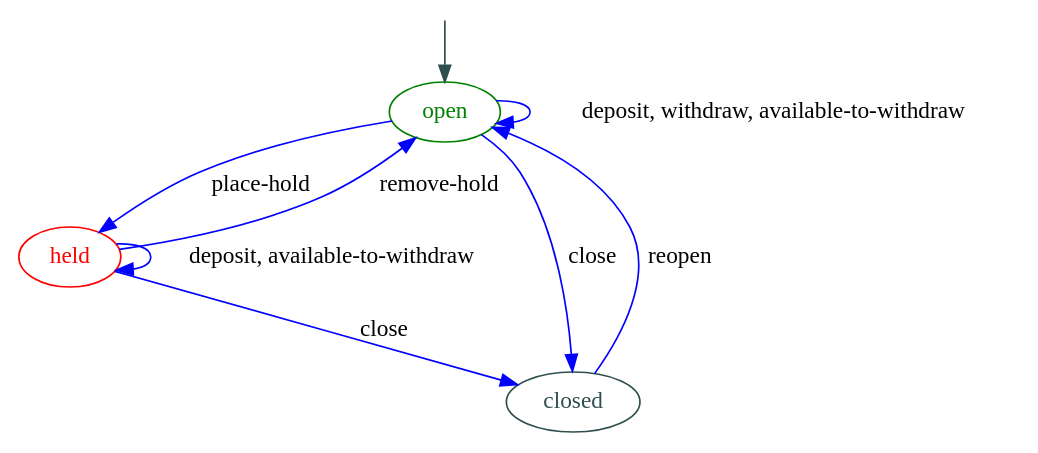
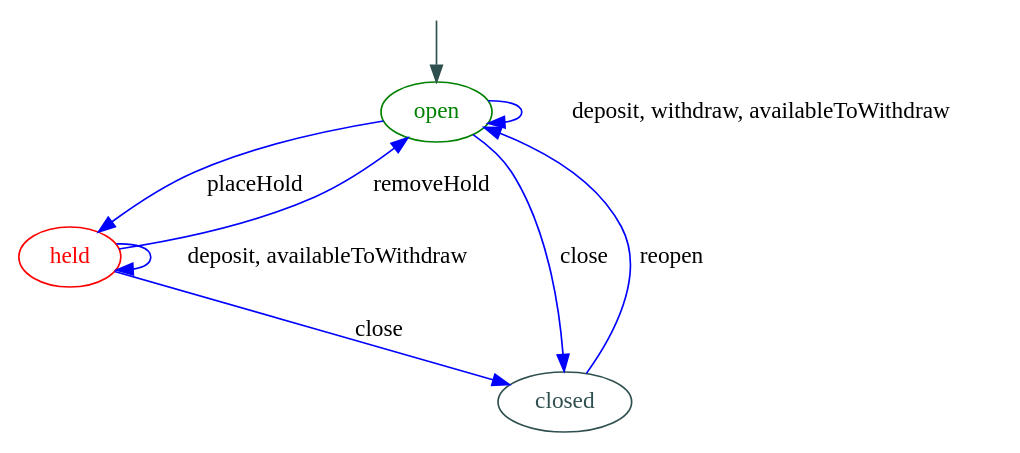
One commit to raganwald/raganwald.github.com changed the diagram in _posts/2018-03-03-the-deep-state.md. Above: the diagram before and after it, drawn with Graphviz. The commit also changed other lines of this file and 5 other files, not shown here.

````diff
--- a/_posts/2018-03-03-the-deep-state.md
+++ b/_posts/2018-03-03-the-deep-state.md
@@ -234,23 +234,23 @@
 ```dot
 digraph Account {
 
   start [label="", fixedsize="false", width=0, height=0, shape=none];
   start -> open [color=darkslategrey];
 
   open [color=green, fontcolor=green];
 
-  open -> open [color=blue, label="deposit, withdraw, available-to-withdraw"];
-  open -> held [color=blue, label="place-hold"];
+  open -> open [color=blue, label="deposit, withdraw, availableToWithdraw"];
+  open -> held [color=blue, label="placeHold"];
   open -> closed [color=blue, label="close"];
 
   held [color=red, fontcolor=red];
 
-  held -> held [color=blue, label="deposit, available-to-withdraw"];
-  held -> open [color=blue, label="remove-hold"];
+  held -> held [color=blue, label="deposit, availableToWithdraw"];
+  held -> open [color=blue, label="removeHold"];
   held -> closed [color=blue, label="close"];
 
   closed [color=darkslategrey, fontcolor=darkslategrey];
 
   closed -> open [color=blue, label="reopen"];
 }
 ```
````
